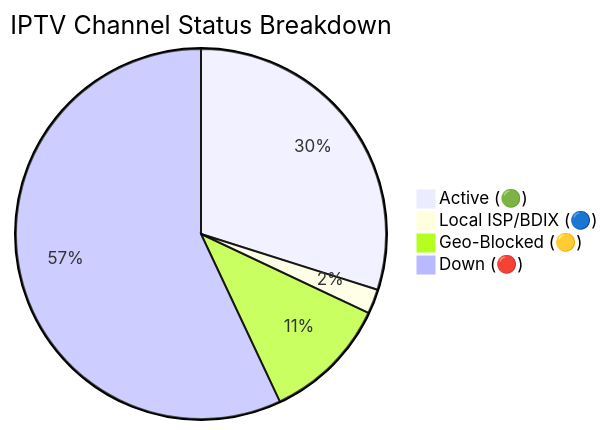
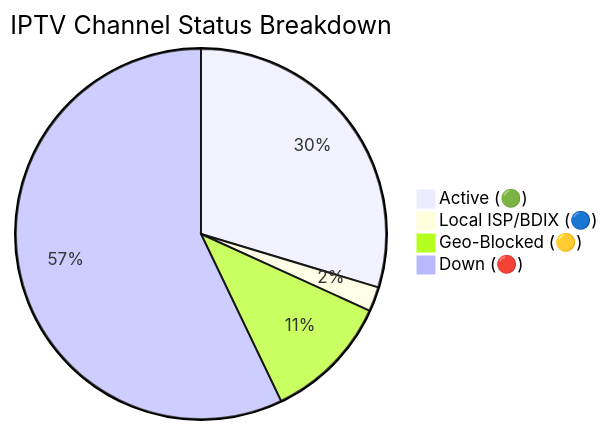
The diagram in README.md (andreataylord/Ip-tv-Collection), drawn with Mermaid before and after one commit. The commit also changed other lines of this file and 1 other file, not shown here.

Commit message:
docs(readme): auto-update daily channel status chart

````diff
--- a/README.md
+++ b/README.md
@@ -59,7 +59,7 @@
 ```mermaid
 pie title IPTV Channel Status Breakdown
-    "Active (🟢)" : 1784
+    "Active (🟢)" : 1771
     "Local ISP/BDIX (🔵)" : 128
-    "Geo-Blocked (🟡)" : 656
-    "Down (🔴)" : 3404
+    "Geo-Blocked (🟡)" : 662
+    "Down (🔴)" : 3411
 ```
````
